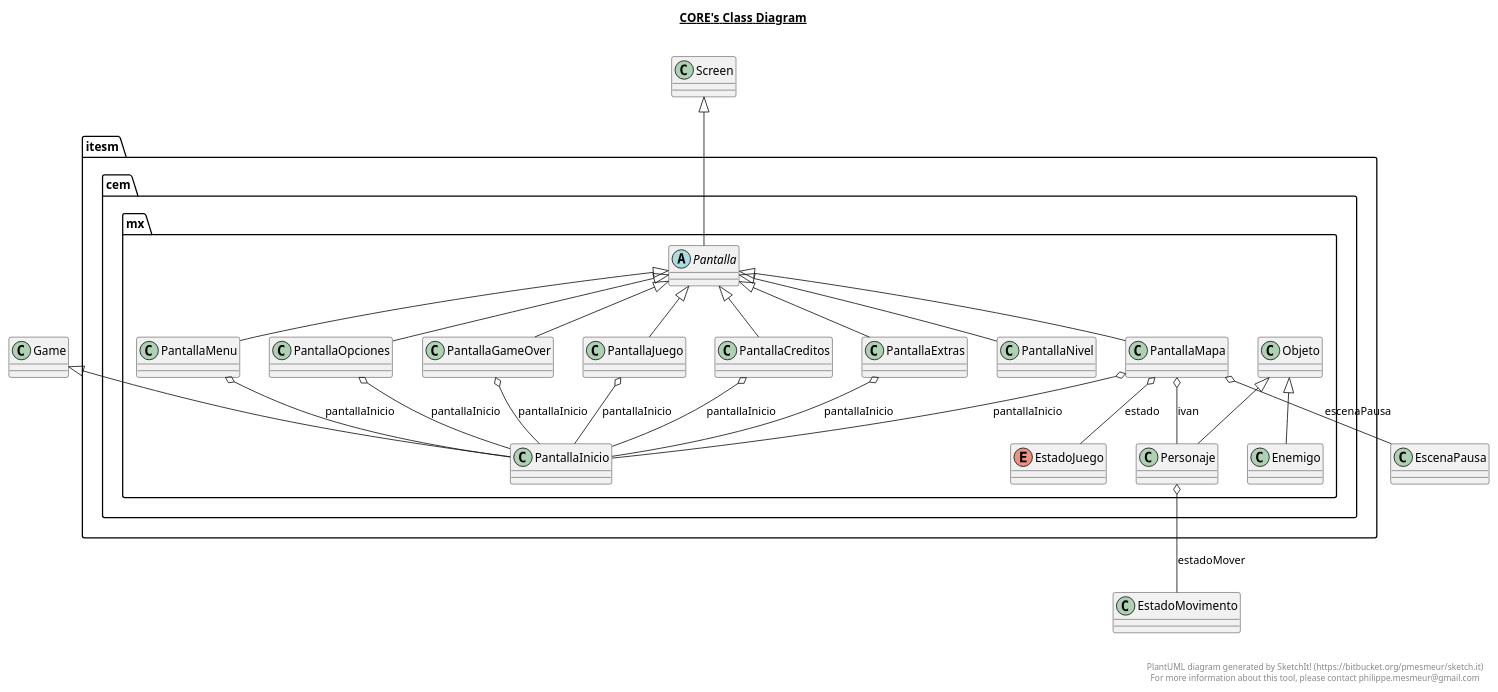
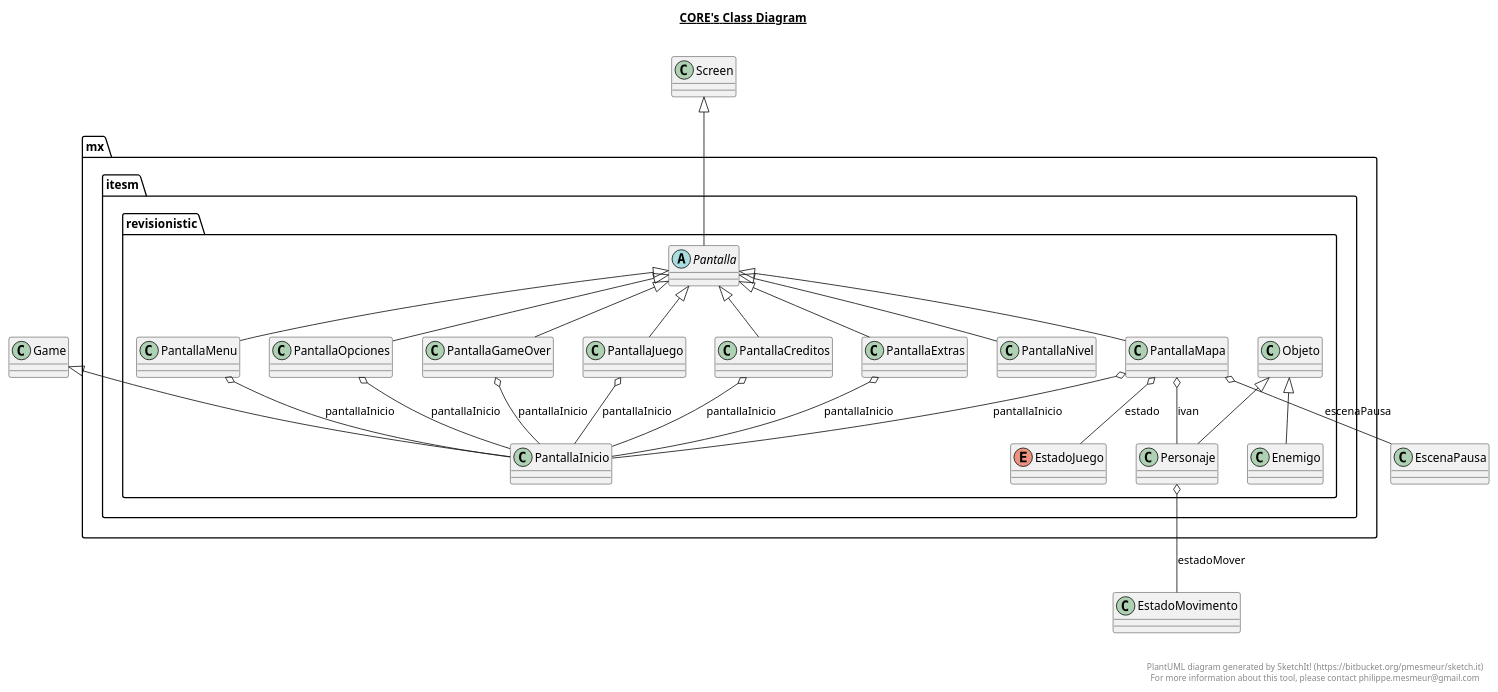
Before and after one commit to hd170998/RevisionisticVideogame: the diagram in core/core.plantuml, drawn with PlantUML. The commit also changed 30 other files, not shown here.

```diff
--- a/core/core.plantuml
+++ b/core/core.plantuml
@@ -1,121 +1,121 @@
 @startuml
 
 title __CORE's Class Diagram__\n
 
-  package itesm.cem.mx {
+  package mx.itesm.revisionistic {
     class Enemigo {
     }
   }
   
 
-  package itesm.cem.mx {
+  package mx.itesm.revisionistic {
     enum EstadoJuego {
     }
   }
   
 
-  package itesm.cem.mx {
+  package mx.itesm.revisionistic {
     class Objeto {
     }
   }
   
 
-  package itesm.cem.mx {
+  package mx.itesm.revisionistic {
     abstract class Pantalla {
     }
   }
   
 
-  package itesm.cem.mx {
+  package mx.itesm.revisionistic {
     class PantallaCreditos {
     }
   }
   
 
-  package itesm.cem.mx {
+  package mx.itesm.revisionistic {
     class PantallaExtras {
     }
   }
   
 
-  package itesm.cem.mx {
+  package mx.itesm.revisionistic {
     class PantallaGameOver {
     }
   }
   
 
-  package itesm.cem.mx {
+  package mx.itesm.revisionistic {
     class PantallaInicio {
     }
   }
   
 
-  package itesm.cem.mx {
+  package mx.itesm.revisionistic {
     class PantallaJuego {
     }
   }
   
 
-  package itesm.cem.mx {
+  package mx.itesm.revisionistic {
     class PantallaMapa {
     }
   }
   
 
-  package itesm.cem.mx {
+  package mx.itesm.revisionistic {
     class PantallaMenu {
     }
   }
   
 
-  package itesm.cem.mx {
+  package mx.itesm.revisionistic {
     class PantallaNivel {
     }
   }
   
 
-  package itesm.cem.mx {
+  package mx.itesm.revisionistic {
     class PantallaOpciones {
     }
   }
   
 
-  package itesm.cem.mx {
+  package mx.itesm.revisionistic {
     class Personaje {
     }
   }
   
 
   Enemigo -up-|> Objeto
   Pantalla -up-|> Screen
   PantallaCreditos -up-|> Pantalla
   PantallaCreditos o-- PantallaInicio : pantallaInicio
   PantallaExtras -up-|> Pantalla
   PantallaExtras o-- PantallaInicio : pantallaInicio
   PantallaGameOver -up-|> Pantalla
   PantallaGameOver o-- PantallaInicio : pantallaInicio
   PantallaInicio -up-|> Game
   PantallaJuego -up-|> Pantalla
   PantallaJuego o-- PantallaInicio : pantallaInicio
   PantallaMapa -up-|> Pantalla
   PantallaMapa o-- PantallaInicio : pantallaInicio
   PantallaMapa o-- EstadoJuego : estado
   PantallaMapa o-- EscenaPausa : escenaPausa
   PantallaMapa o-- Personaje : ivan
   PantallaMenu -up-|> Pantalla
   PantallaMenu o-- PantallaInicio : pantallaInicio
   PantallaNivel -up-|> Pantalla
   PantallaOpciones -up-|> Pantalla
   PantallaOpciones o-- PantallaInicio : pantallaInicio
   Personaje -up-|> Objeto
   Personaje o-- EstadoMovimento : estadoMover
 
 
 right footer
 
 
 PlantUML diagram generated by SketchIt! (https://bitbucket.org/pmesmeur/sketch.it)
 For more information about this tool, please contact philippe.mesmeur@gmail.com
 endfooter
 
 @enduml
```
